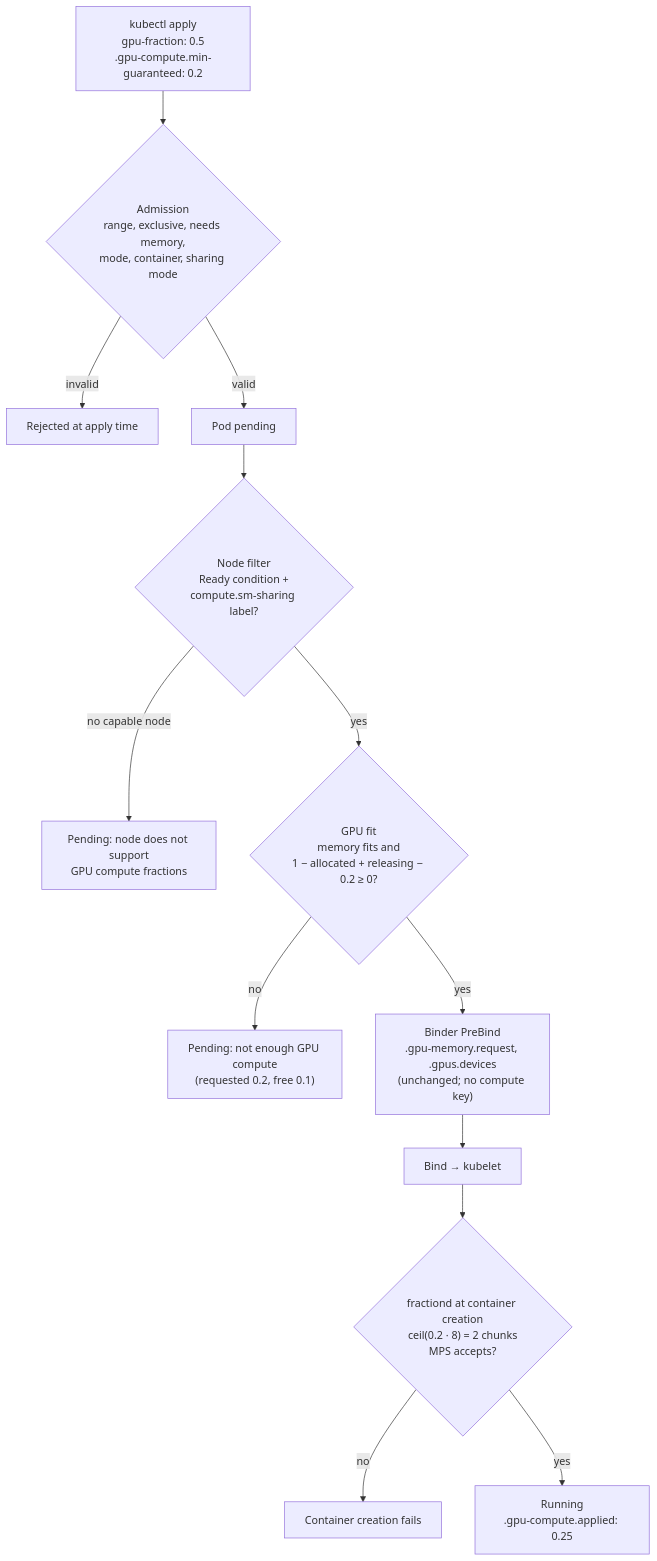
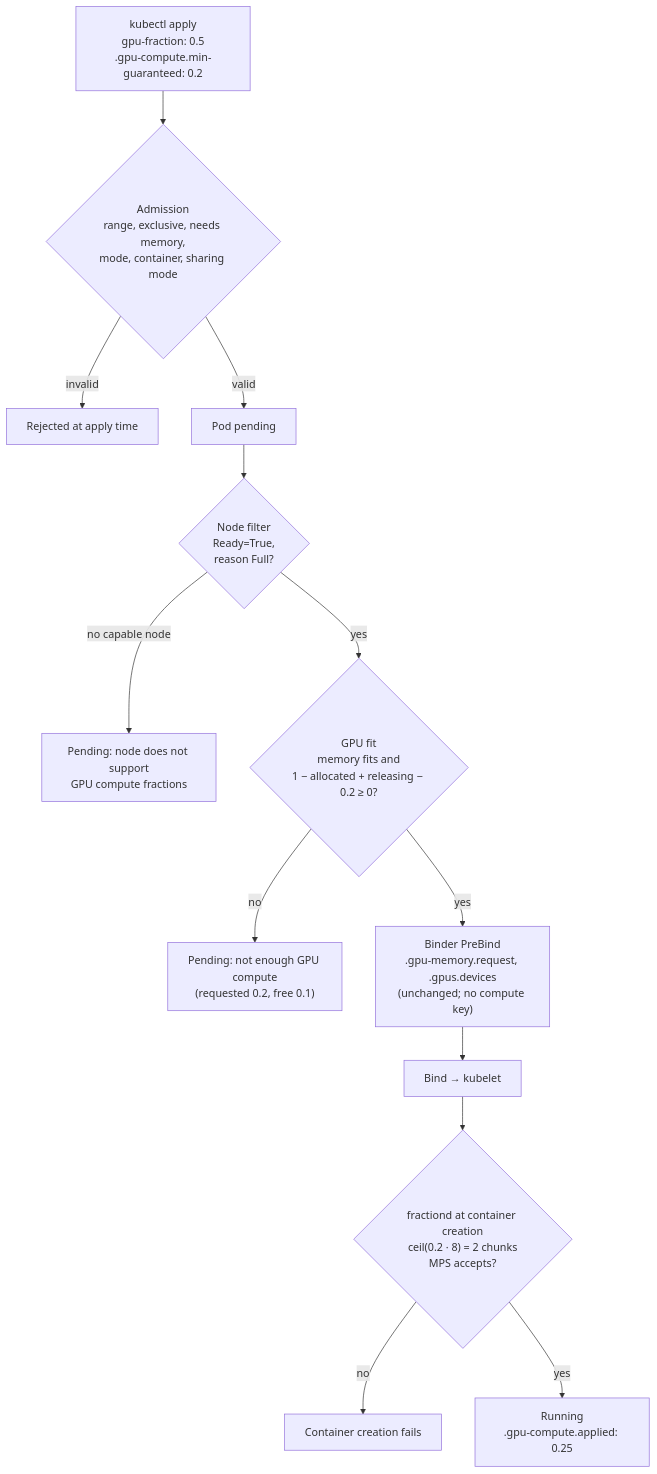
Before and after one commit to kai-scheduler/KAI-Scheduler: the second of 2 diagrams in docs/developer/designs/gpu-compute-fractions/README.md, drawn with Mermaid. The commit also changed other lines of this file, not shown here.

Commit message:
docs(docs): node tier on the Ready condition reason instead of capability labels in compute fractions HLD

````diff
--- a/docs/developer/designs/gpu-compute-fractions/README.md
+++ b/docs/developer/designs/gpu-compute-fractions/README.md
@@ -294,15 +283,15 @@
 ```mermaid
 flowchart TD
   U["kubectl apply<br/>gpu-fraction: 0.5<br/>.gpu-compute.min-guaranteed: 0.2"] --> A{"Admission<br/>range, exclusive, needs memory,<br/>mode, container, sharing mode"}
   A -- invalid --> X["Rejected at apply time"]
   A -- valid --> P["Pod pending"]
-  P --> F{"Node filter<br/>Ready condition +<br/>compute.sm-sharing label?"}
+  P --> F{"Node filter<br/>Ready=True,<br/>reason Full?"}
   F -- "no capable node" --> W1["Pending: node does not support<br/>GPU compute fractions"]
   F -- yes --> L{"GPU fit<br/>memory fits and<br/>1 − allocated + releasing − 0.2 ≥ 0?"}
   L -- no --> W2["Pending: not enough GPU compute<br/>(requested 0.2, free 0.1)"]
   L -- yes --> B["Binder PreBind<br/>.gpu-memory.request, .gpus.devices<br/>(unchanged; no compute key)"]
   B --> K["Bind → kubelet"]
   K --> G{"fractiond at container creation<br/>ceil(0.2 · 8) = 2 chunks<br/>MPS accepts?"}
   G -- no --> E["Container creation fails"]
   G -- yes --> OK["Running<br/>.gpu-compute.applied: 0.25"]
 ```
````
